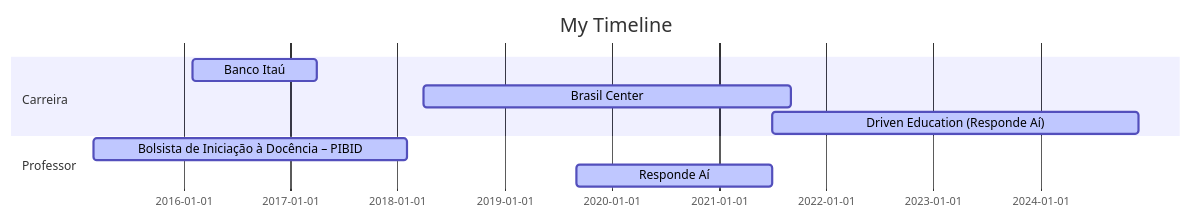
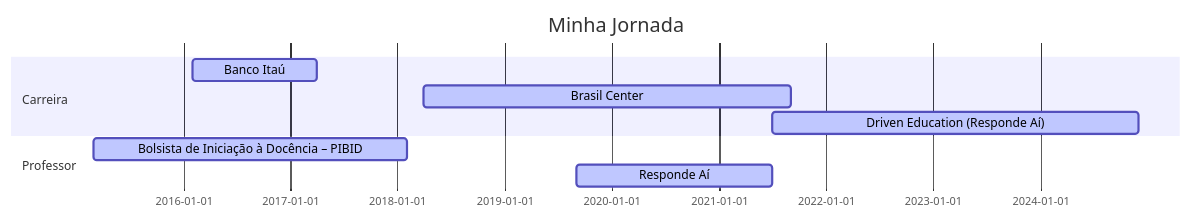
Before and after one commit to marianamoledo/marianamoledo: the diagram in README.md, drawn with Mermaid. The commit also changed other lines of this file, not shown here.

````diff
--- a/README.md
+++ b/README.md
@@ -4,15 +3,15 @@
 ```mermaid
 
 gantt
 dateFormat  YYYY-MM-DD
-title My Timeline
+title Minha Jornada
 
 section Carreira
 Banco Itaú            :active,, 2016-02-01,2017-04-01
 Brasil Center         :active,, 2018-04-01,2021-09-01
 Driven Education (Responde Aí)           :active,, 2021-07-01,2024-12-01
 
 section Professor
 Bolsista de Iniciação à Docência – PIBID       :active,, 2015-03-01,2018-02-01
 Responde Aí       :active,, 2019-09-01,2021-07-01
 ```
````
